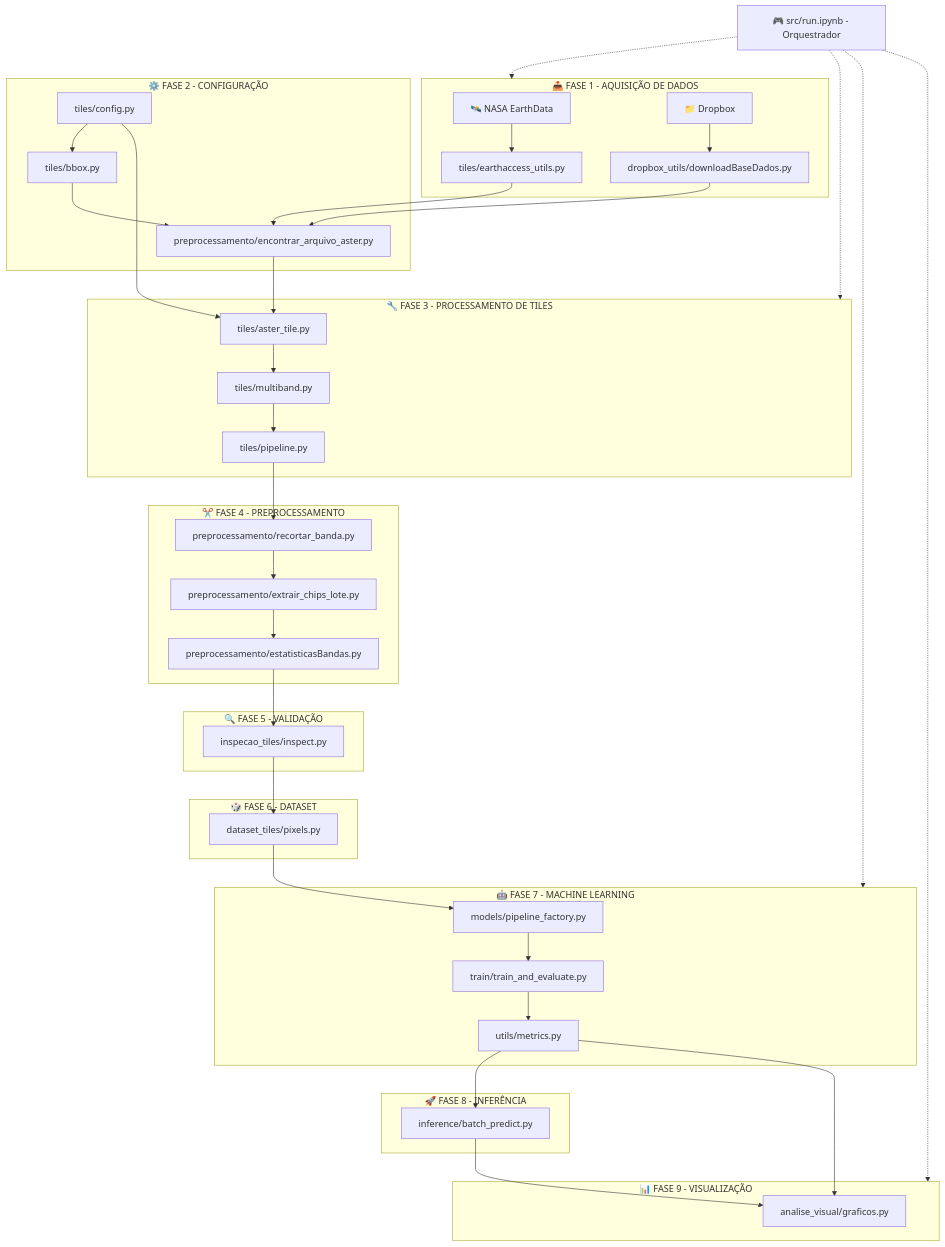
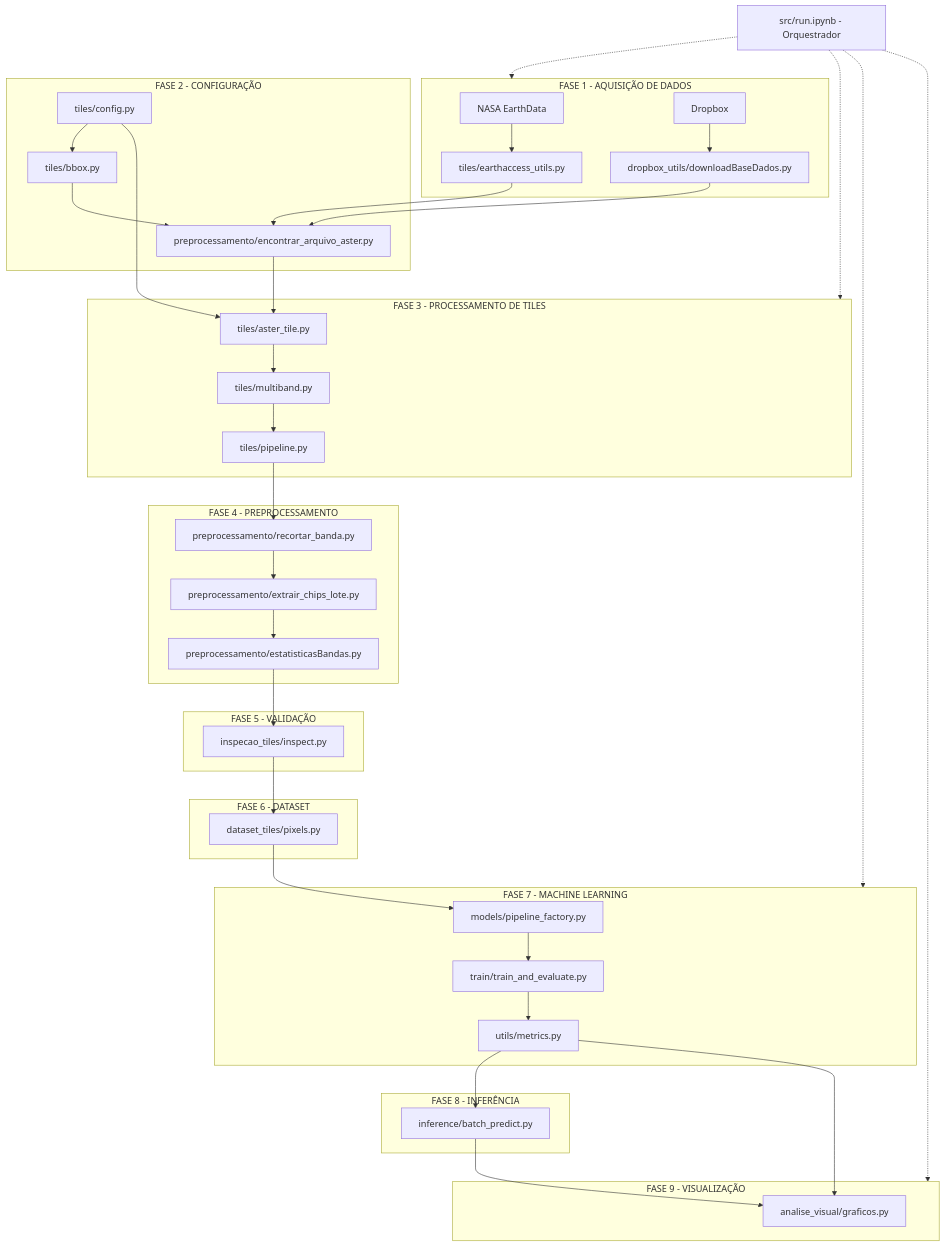
One commit to pedroauler12/SpectraAI changed the diagram in src/flowchart.md. Above: the diagram before and after it, drawn with Mermaid. The commit also changed other lines of this file, not shown here.

Commit message:
Ajustes feitos no diagrama

````diff
--- a/src/flowchart.md
+++ b/src/flowchart.md
@@ -5,62 +5,62 @@
 ```mermaid
 flowchart TD
-    subgraph F1["📥 FASE 1 - AQUISIÇÃO DE DADOS"]
-        A1["🛰️ NASA EarthData"] --> EA["tiles/earthaccess_utils.py"]
-        A2["📁 Dropbox"] --> DB["dropbox_utils/downloadBaseDados.py"]
+    subgraph F1[" FASE 1 - AQUISIÇÃO DE DADOS"]
+        A1[" NASA EarthData"] --> EA["tiles/earthaccess_utils.py"]
+        A2[" Dropbox"] --> DB["dropbox_utils/downloadBaseDados.py"]
     end
 
-    subgraph F2["⚙️ FASE 2 - CONFIGURAÇÃO"]
+    subgraph F2[" FASE 2 - CONFIGURAÇÃO"]
         CFG["tiles/config.py"] --> BBOX["tiles/bbox.py"]
         BBOX --> FIND["preprocessamento/encontrar_arquivo_aster.py"]
     end
 
-    subgraph F3["🔧 FASE 3 - PROCESSAMENTO DE TILES"]
+    subgraph F3[" FASE 3 - PROCESSAMENTO DE TILES"]
         TILE["tiles/aster_tile.py"] --> MULTI["tiles/multiband.py"]
         MULTI --> PIPE["tiles/pipeline.py"]
     end
 
-    subgraph F4["✂️ FASE 4 - PREPROCESSAMENTO"]
+    subgraph F4[" FASE 4 - PREPROCESSAMENTO"]
         CROP["preprocessamento/recortar_banda.py"]
         CHIPS["preprocessamento/extrair_chips_lote.py"]
         STATS["preprocessamento/estatisticasBandas.py"]
         CROP --> CHIPS --> STATS
     end
 
-    subgraph F5["🔍 FASE 5 - VALIDAÇÃO"]
+    subgraph F5[" FASE 5 - VALIDAÇÃO"]
         INSPECT["inspecao_tiles/inspect.py"]
     end
 
-    subgraph F6["🎲 FASE 6 - DATASET"]
+    subgraph F6[" FASE 6 - DATASET"]
         PIXELS["dataset_tiles/pixels.py"]
     end
 
-    subgraph F7["🤖 FASE 7 - MACHINE LEARNING"]
+    subgraph F7[" FASE 7 - MACHINE LEARNING"]
         FACTORY["models/pipeline_factory.py"] --> TRAIN["train/train_and_evaluate.py"]
         TRAIN --> METRICS["utils/metrics.py"]
     end
 
-    subgraph F8["🚀 FASE 8 - INFERÊNCIA"]
+    subgraph F8[" FASE 8 - INFERÊNCIA"]
         PREDICT["inference/batch_predict.py"]
     end
 
-    subgraph F9["📊 FASE 9 - VISUALIZAÇÃO"]
+    subgraph F9[" FASE 9 - VISUALIZAÇÃO"]
         GRAFICOS["analise_visual/graficos.py"]
     end
 
     EA --> FIND
     DB --> FIND
     FIND --> TILE
     CFG --> TILE
     PIPE --> CROP
     STATS --> INSPECT
     INSPECT --> PIXELS
     PIXELS --> FACTORY
     METRICS --> PREDICT
     PREDICT --> GRAFICOS
     METRICS --> GRAFICOS
 
-    RUN["🎮 src/run.ipynb - Orquestrador"] -.-> F1
+    RUN[" src/run.ipynb - Orquestrador"] -.-> F1
     RUN -.-> F3
     RUN -.-> F7
     RUN -.-> F9
 ```
````
